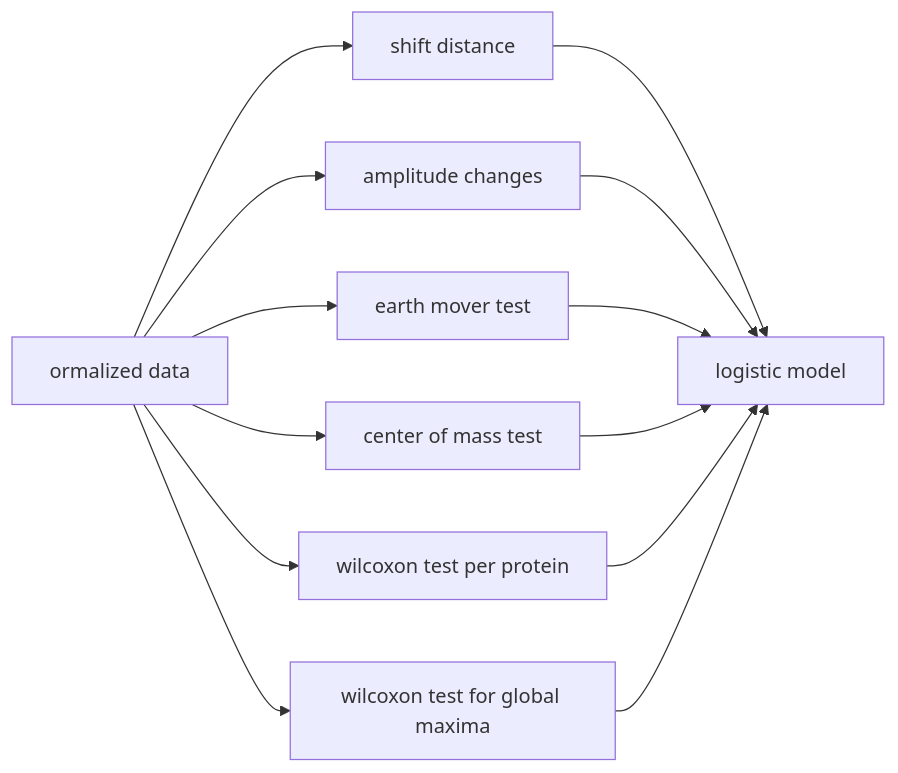
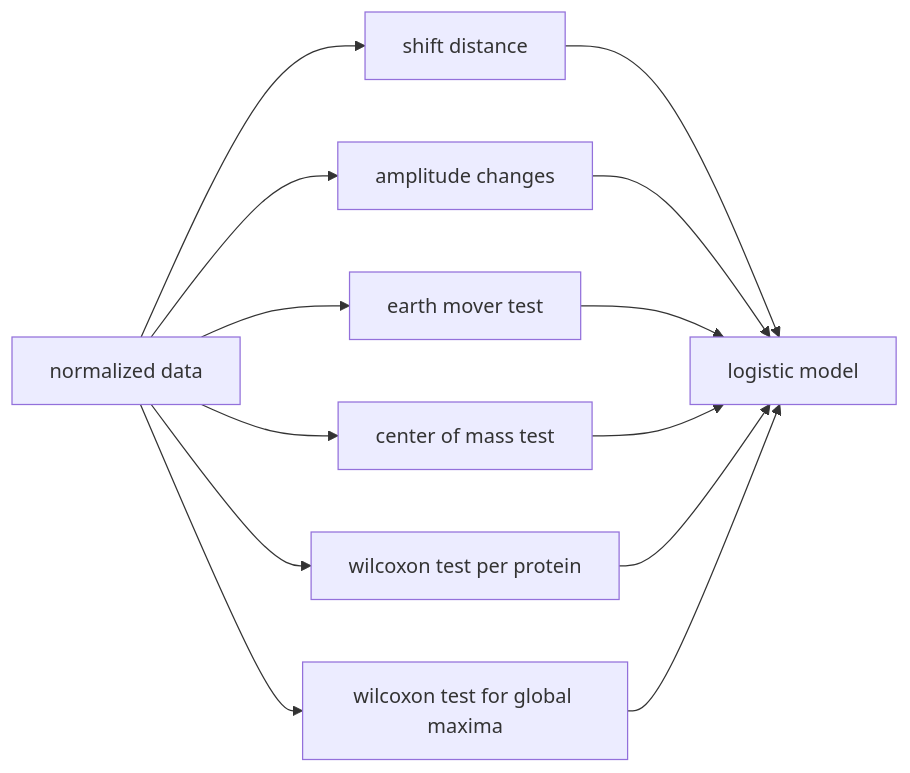
The second of 3 diagrams in README.md (MichelaPozzi/2025-topic-03-group-04), drawn with Mermaid before and after one commit. The commit also changed other lines of this file, not shown here.

````diff
--- a/README.md
+++ b/README.md
@@ -164,15 +164,15 @@
 ```mermaid
 flowchart LR
-    A[ormalized data] --> B[shift distance]
+    A[normalized data] --> B[shift distance]
     A --> C[amplitude changes]
     A --> D[earth mover test]
     A --> E[center of mass test]
     A --> F[wilcoxon test per protein]
     A --> G[wilcoxon test for global maxima]
     B --> H[logistic model]
     C --> H
     D --> H
     E --> H
     F --> H
     G --> H
 ```
````
